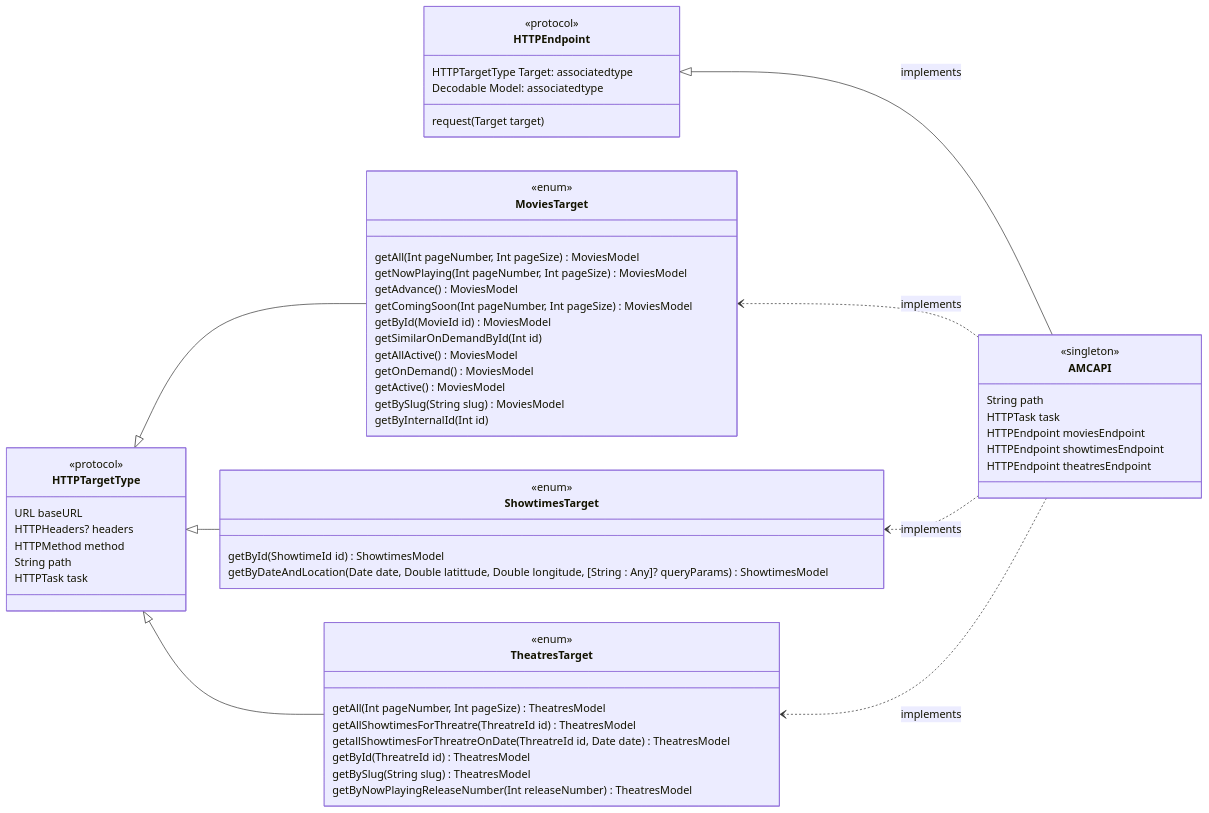
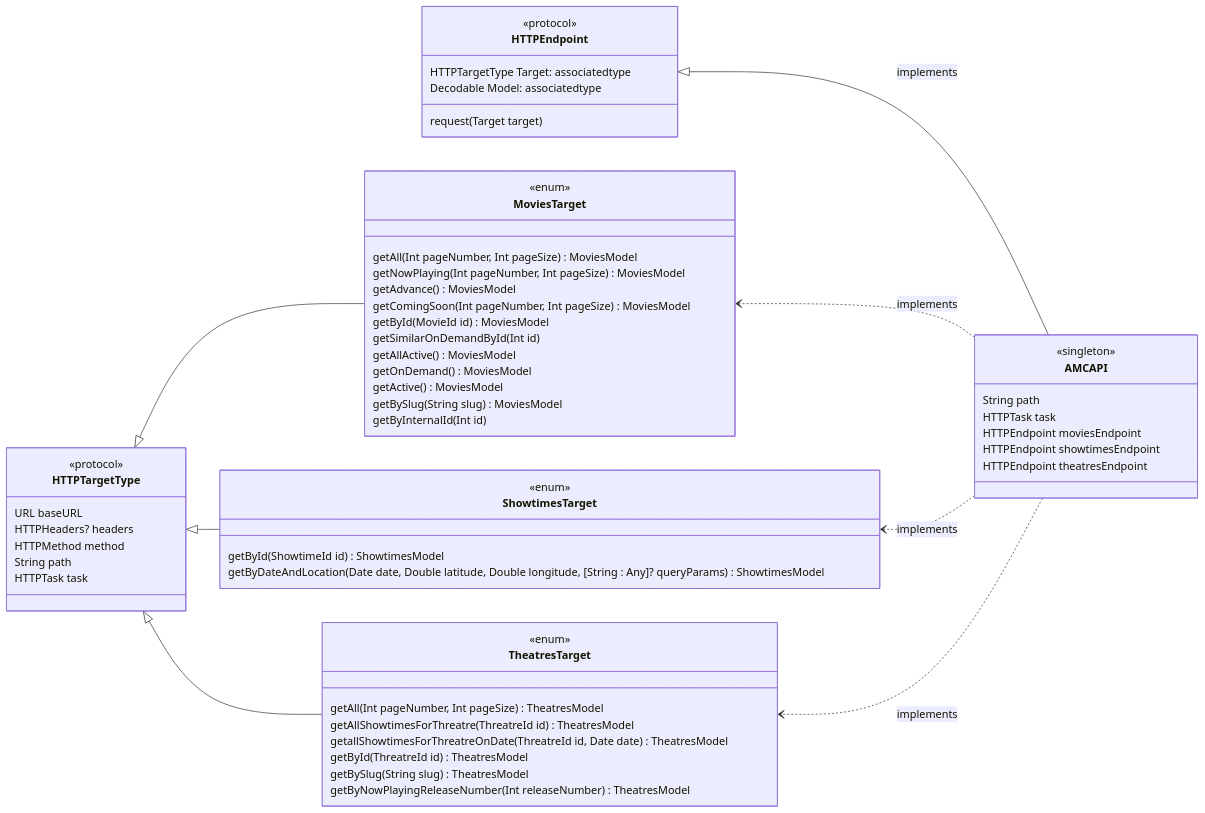
One commit to StateMachineJunkie/AMCAPI changed the second of 2 diagrams in README.md. Above: the diagram before and after it, drawn with Mermaid. The commit also changed other lines of this file, not shown here.

````diff
--- a/README.md
+++ b/README.md
@@ -29,69 +29,69 @@
 ```mermaid
 classDiagram
 	direction RL
 	class HTTPEndpoint {
 		<<protocol>>
 		HTTPTargetType Target: associatedtype
 		Decodable Model: associatedtype
 		
 		request(Target target)
 	}
 
     class AMCAPI {
         <<singleton>>
         String path
         HTTPTask task
         HTTPEndpoint moviesEndpoint
         HTTPEndpoint showtimesEndpoint
         HTTPEndpoint theatresEndpoint
     }
 
 	class HTTPTargetType {
 		<<protocol>>
 		URL baseURL
 		HTTPHeaders? headers
 		HTTPMethod method
 		String path
 		HTTPTask task
 	}
 	
     class MoviesTarget {
         <<enum>>
         getAll(Int pageNumber, Int pageSize) MoviesModel
         getNowPlaying(Int pageNumber, Int pageSize)  MoviesModel
         getAdvance() MoviesModel
         getComingSoon(Int pageNumber, Int pageSize) MoviesModel
         getById(MovieId id) MoviesModel
         getSimilarOnDemandById(Int id)
         getAllActive() MoviesModel
         getOnDemand() MoviesModel
         getActive() MoviesModel
         getBySlug(String slug) MoviesModel
         getByInternalId(Int id)
     }
 
     class ShowtimesTarget {
         <<enum>>
         getById(ShowtimeId id) ShowtimesModel
-        getByDateAndLocation(Date date, Double latittude, Double longitude, [String : Any]? queryParams) ShowtimesModel
+        getByDateAndLocation(Date date, Double latitude, Double longitude, [String : Any]? queryParams) ShowtimesModel
     }
 
     class TheatresTarget {
         <<enum>>
         getAll(Int pageNumber, Int pageSize) TheatresModel
         getAllShowtimesForThreatre(ThreatreId id) TheatresModel
         getallShowtimesForThreatreOnDate(ThreatreId id, Date date) TheatresModel
         getById(ThreatreId id) TheatresModel
         getBySlug(String slug) TheatresModel
         getByNowPlayingReleaseNumber(Int releaseNumber) TheatresModel
     }
 
     AMCAPI --|> HTTPEndpoint: implements
     AMCAPI ..> MoviesTarget: implements
     AMCAPI ..> ShowtimesTarget: implements
     AMCAPI ..> TheatresTarget: implements
 
     MoviesTarget --|> HTTPTargetType
     ShowtimesTarget --|> HTTPTargetType
     TheatresTarget --|> HTTPTargetType
 ```
````
